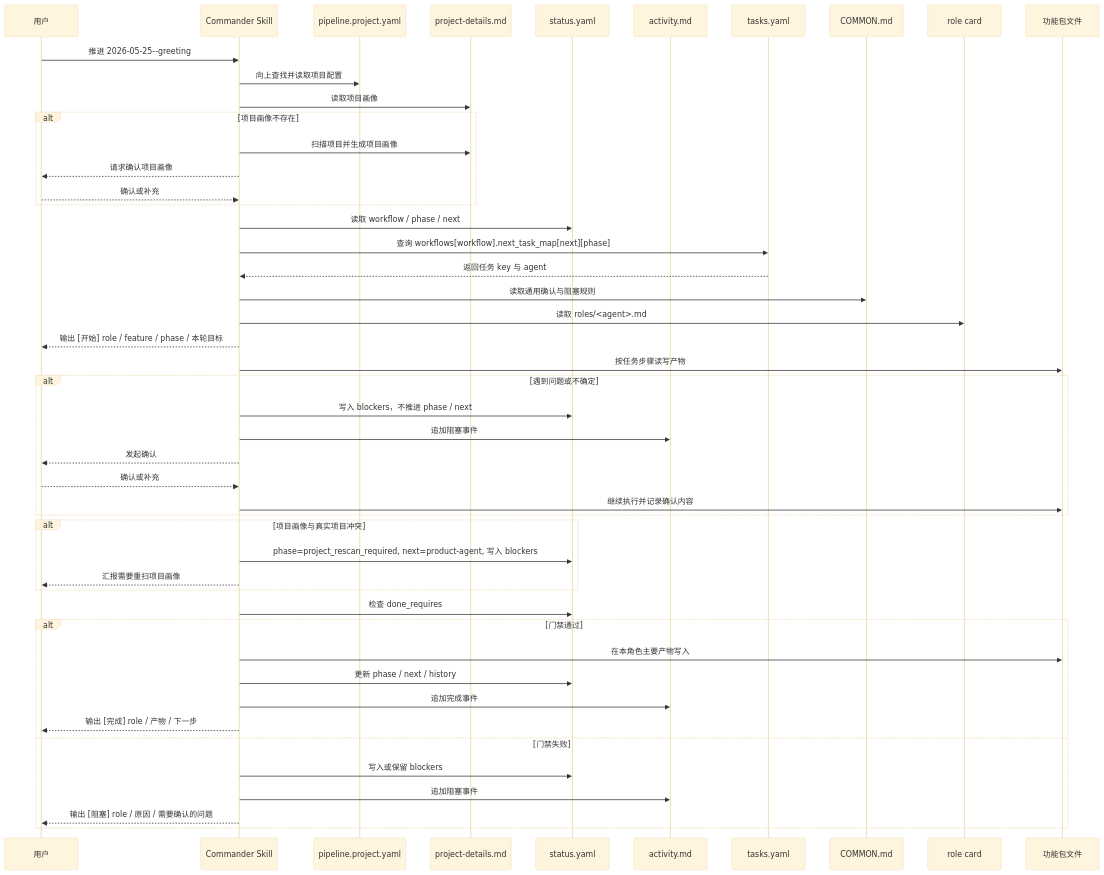
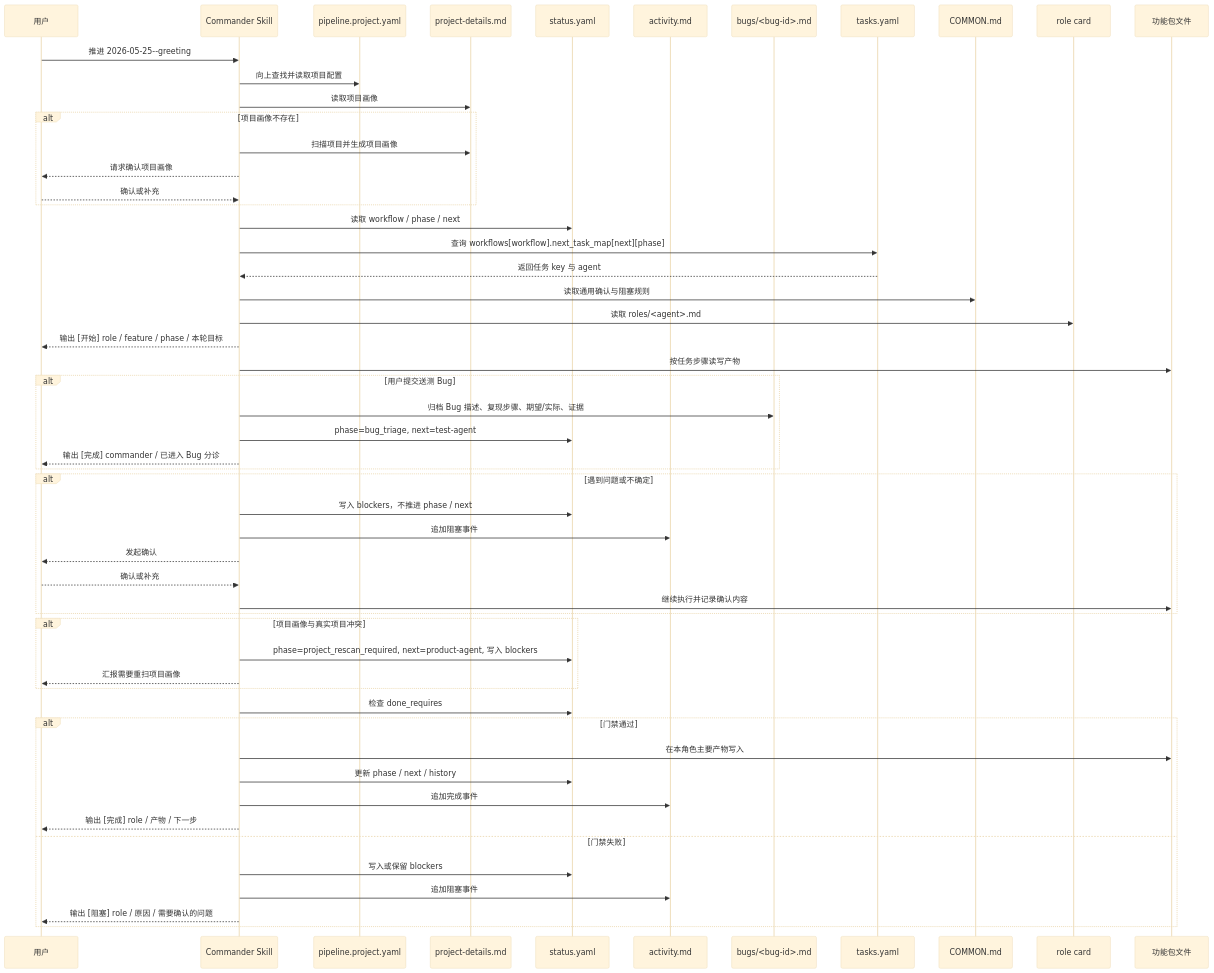
Before and after one commit to Jasmine-dong/skill_flow: the second of 6 diagrams in docs/ARCHITECTURE.md, drawn with Mermaid (base theme). The commit also changed other lines of this file and 17 other files, not shown here.

````diff
--- a/docs/ARCHITECTURE.md
+++ b/docs/ARCHITECTURE.md
@@ -42,51 +44,57 @@
 ```mermaid
 sequenceDiagram
   participant U as 用户
   participant C as Commander Skill
   participant P as pipeline.project.yaml
   participant K as project-details.md
   participant S as status.yaml
   participant A as activity.md
+  participant B as bugs/<bug-id>.md
   participant T as tasks.yaml
   participant G as COMMON.md
   participant R as role card
   participant F as 功能包文件
 
   U->>C: 推进 2026-05-25--greeting
   C->>P: 向上查找并读取项目配置
   C->>K: 读取项目画像
   alt 项目画像不存在
     C->>K: 扫描项目并生成项目画像
     C-->>U: 请求确认项目画像
     U-->>C: 确认或补充
   end
   C->>S: 读取 workflow / phase / next
   C->>T: 查询 workflows[workflow].next_task_map[next][phase]
   T-->>C: 返回任务 key 与 agent
   C->>G: 读取通用确认与阻塞规则
   C->>R: 读取 roles/<agent>.md
   C-->>U: 输出 [开始] role / feature / phase / 本轮目标
   C->>F: 按任务步骤读写产物
+  alt 用户提交送测 Bug
+    C->>B: 归档 Bug 描述、复现步骤、期望/实际、证据
+    C->>S: phase=bug_triage, next=test-agent
+    C-->>U: 输出 [完成] commander / 已进入 Bug 分诊
+  end
   alt 遇到问题或不确定
     C->>S: 写入 blockers，不推进 phase / next
     C->>A: 追加阻塞事件
     C-->>U: 发起确认
     U-->>C: 确认或补充
     C->>F: 继续执行并记录确认内容
   end
   alt 项目画像与真实项目冲突
     C->>S: phase=project_rescan_required, next=product-agent, 写入 blockers
     C-->>U: 汇报需要重扫项目画像
   end
   C->>S: 检查 done_requires
   alt 门禁通过
     C->>F: 在本角色主要产物写入 ## Handoff
     C->>S: 更新 phase / next / history
     C->>A: 追加完成事件
     C-->>U: 输出 [完成] role / 产物 / 下一步
   else 门禁失败
     C->>S: 写入或保留 blockers
     C->>A: 追加阻塞事件
     C-->>U: 输出 [阻塞] role / 原因 / 需要确认的问题
   end
 ```
````
